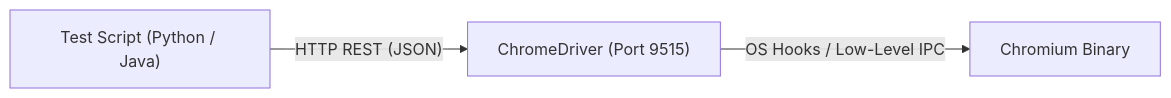
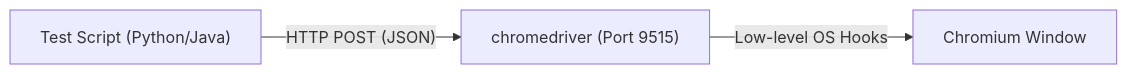
The second of 4 diagrams in _posts/2026-10-03-selenium-vs-puppeteer-vs-playwright.md (naimurhasan/naimurhasan.github.io), drawn with Mermaid before and after one commit. The commit also changed other lines of this file and 23 other files, not shown here.

````diff
--- a/_posts/2026-10-03-selenium-vs-puppeteer-vs-playwright.md
+++ b/_posts/2026-10-03-selenium-vs-puppeteer-vs-playwright.md
@@ -116,5 +60,5 @@
 ```mermaid
 flowchart LR
-  Code["Test Script (Python / Java)"] --> |"HTTP REST (JSON)"| Driver["ChromeDriver (Port 9515)"]
-  Driver --> |"OS Hooks / Low-Level IPC"| Browser["Chromium Binary"]
+  Script["Test Script (Python/Java)"] -->|"HTTP POST (JSON)"| Driver["chromedriver (Port 9515)"]
+  Driver -->|"Low-level OS Hooks"| Browser["Chromium Window"]
 ```
````
